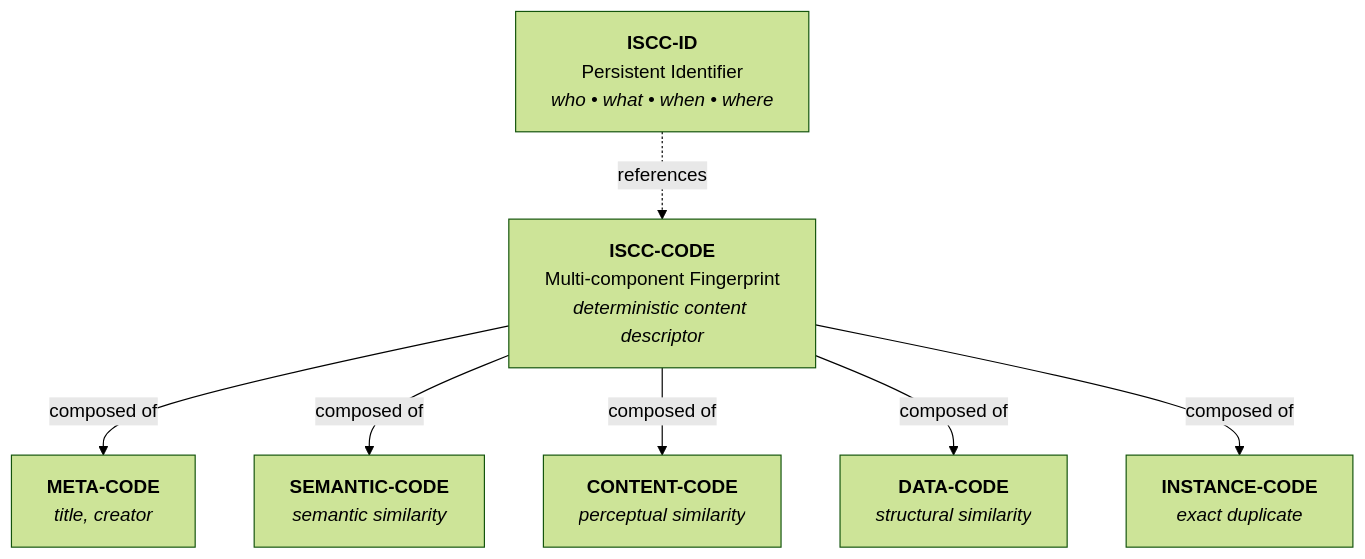
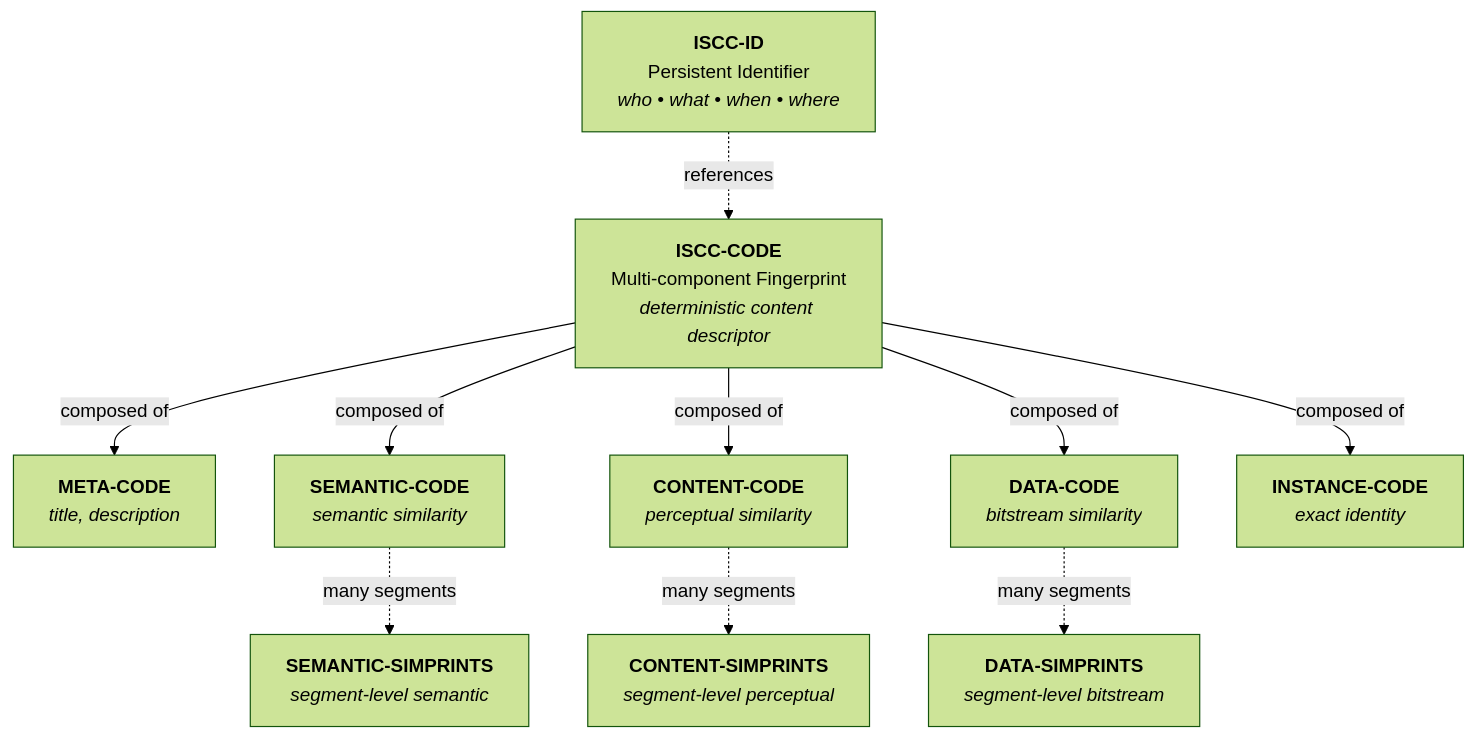
Before and after one commit to iscc/iscc-search: the diagram in docs/concept.md, drawn with Mermaid (forest theme). The commit also changed other lines of this file, not shown here.

````diff
--- a/docs/concept.md
+++ b/docs/concept.md
@@ -32,15 +39,22 @@
 ```mermaid
 graph TB
     ID[<b>ISCC-ID</b><br/>Persistent Identifier<br/><i>who • what • when • where</i>]
 
     CODE[<b>ISCC-CODE</b><br/>Multi-component Fingerprint<br/><i>deterministic content descriptor</i>]
 
-    META[<b>META-CODE</b><br/><i>title, creator</i>]
+    META[<b>META-CODE</b><br/><i>title, description</i>]
     SEMANTIC[<b>SEMANTIC-CODE</b><br/><i>semantic similarity</i>]
     CONTENT[<b>CONTENT-CODE</b><br/><i>perceptual similarity</i>]
-    DATA[<b>DATA-CODE</b><br/><i>structural similarity</i>]
-    INSTANCE[<b>INSTANCE-CODE</b><br/><i>exact duplicate</i>]
+    DATA[<b>DATA-CODE</b><br/><i>bitstream similarity</i>]
+    INSTANCE[<b>INSTANCE-CODE</b><br/><i>exact identity</i>]
+
+    SEM_SIM[<b>SEMANTIC-SIMPRINTS</b><br/><i>segment-level semantic</i>]
+    CON_SIM[<b>CONTENT-SIMPRINTS</b><br/><i>segment-level perceptual</i>]
+    DAT_SIM[<b>DATA-SIMPRINTS</b><br/><i>segment-level bitstream</i>]
 
     ID -.-> |references| CODE
     CODE --> |composed of| META & SEMANTIC & CONTENT & DATA & INSTANCE
+    SEMANTIC -.-> |many segments| SEM_SIM
+    CONTENT -.-> |many segments| CON_SIM
+    DATA -.-> |many segments| DAT_SIM
 ```
````
